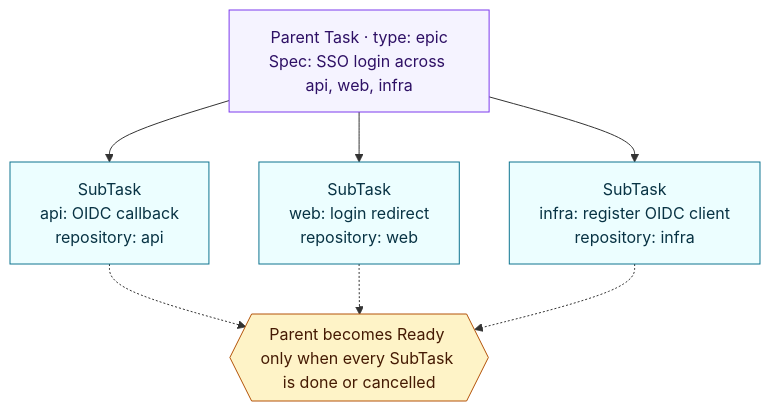
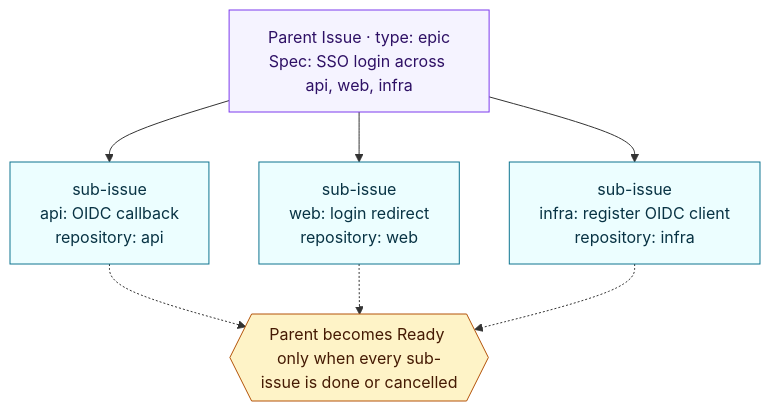
One commit to rcmendes/orbit changed the fifth of 6 diagrams in README.md. Above: the diagram before and after it, drawn with Mermaid. The commit also changed other lines of this file and 16 other files, not shown here.

````diff
--- a/README.md
+++ b/README.md
@@ -540,22 +539,22 @@
 ```mermaid
 flowchart TD
-    EPIC["Parent Task · type: epic<br/>Spec: SSO login across api, web, infra"]
-    API["SubTask<br/>api: OIDC callback<br/>repository: api"]
-    WEB["SubTask<br/>web: login redirect<br/>repository: web"]
-    INFRA["SubTask<br/>infra: register OIDC client<br/>repository: infra"]
-    GATE{{"Parent becomes Ready only when every SubTask is done or cancelled"}}
+    EPIC["Parent Issue · type: epic<br/>Spec: SSO login across api, web, infra"]
+    API["sub-issue<br/>api: OIDC callback<br/>repository: api"]
+    WEB["sub-issue<br/>web: login redirect<br/>repository: web"]
+    INFRA["sub-issue<br/>infra: register OIDC client<br/>repository: infra"]
+    GATE{{"Parent becomes Ready only when every sub-issue is done or cancelled"}}
 
     EPIC --> API
     EPIC --> WEB
     EPIC --> INFRA
     API -.-> GATE
     WEB -.-> GATE
     INFRA -.-> GATE
 
     classDef parent fill:#f5f3ff,stroke:#7c3aed,color:#2e1065
     classDef child fill:#ecfeff,stroke:#0e7490,color:#083344
     classDef gate fill:#fef3c7,stroke:#b45309,color:#451a03
     class EPIC parent
     class API,WEB,INFRA child
     class GATE gate
 ```
````
